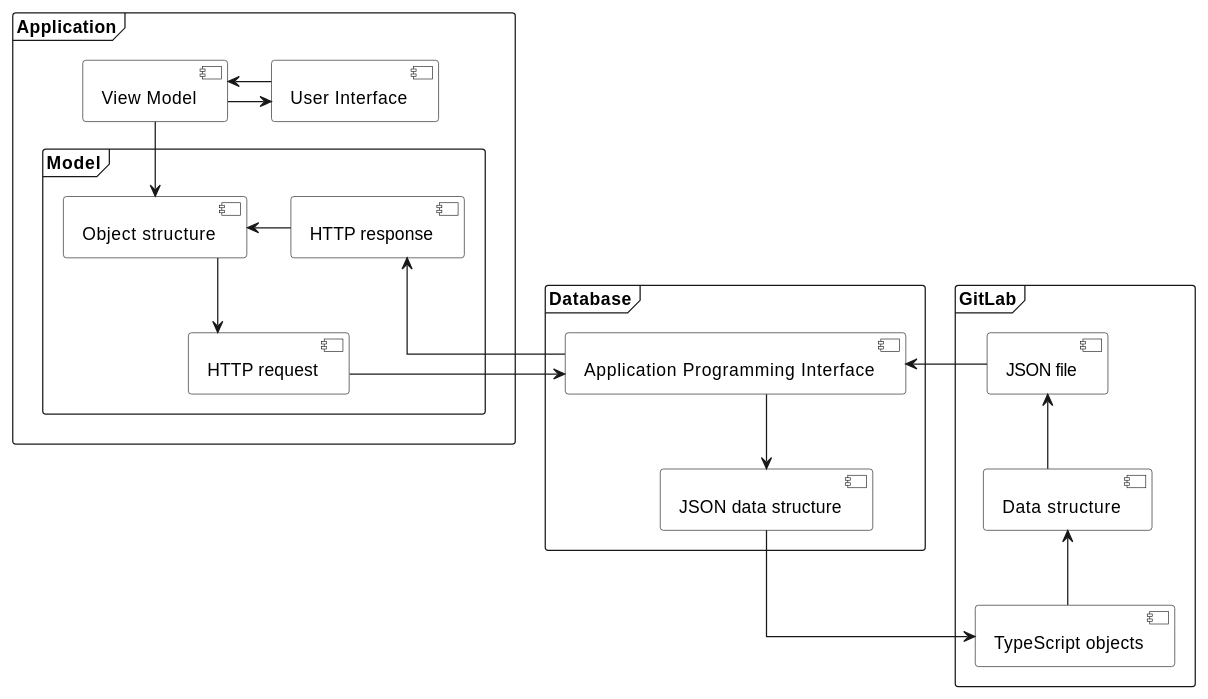
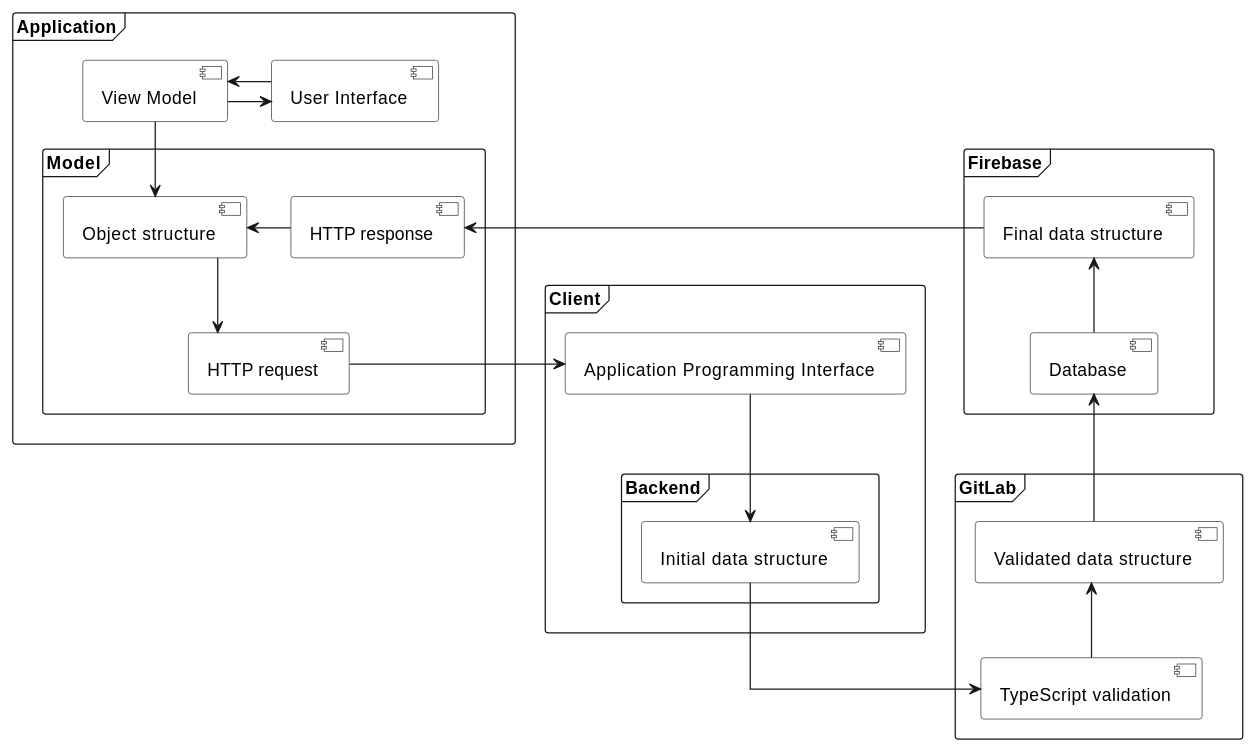
Before and after one commit to thorlindberg/thesis: the first of 4 diagrams in dissertation/4-2 background-material.md, drawn with PlantUML. The commit also changed other lines of this file and 3 other files, not shown here.

```diff
--- a/dissertation/4-2 background-material.md
+++ b/dissertation/4-2 background-material.md
@@ -17,54 +17,58 @@
 @startuml
 
 skinparam linetype ortho
 
 <style>
 componentDiagram {
     BackGroundColor transparent
     frame {
         BackGroundColor white
     }
     component {
         BackGroundColor white
     }
 }
 </style>
 
-frame Database {
+frame Client {
     [Application Programming Interface]
-    [JSON data structure]
+    frame Backend {
+        [Initial data structure]
+    }
 }
 
 frame GitLab {
-    [TypeScript objects]
-    [Data structure]
-    [JSON file]
+    [TypeScript validation]
+    [Validated data structure]
+}
+
+frame Firebase {
+    [Database] -up-> [Final data structure]
 }
 
 frame Application {
     [User Interface]
     [View Model]
     frame Model {
         [Object structure]
         [HTTP request]
         [HTTP response]
     }
 }
 
 [User Interface] -left-> [View Model]
 [View Model] -right-> [User Interface] 
 [View Model] --> [Object structure]
 [Object structure] -down-> [HTTP request]
 [HTTP request] -right-> [Application Programming Interface]
 [HTTP response] -left-> [Object structure]
 
-[JSON file] -left-> [Application Programming Interface]
-[Application Programming Interface] -left-> [HTTP response]
+[Final data structure] -left-> [HTTP response]
 
-[Application Programming Interface] -down-> [JSON data structure]
-[JSON data structure] -right-> [TypeScript objects]
+[Application Programming Interface] -down-> [Initial data structure]
+[Initial data structure] -right-> [TypeScript validation]
 
-[TypeScript objects] -up-> [Data structure]
-[Data structure] -up-> [JSON file]
+[TypeScript validation] -up-> [Validated data structure]
+[Validated data structure] -up-> [Database]
 
 @enduml
```
